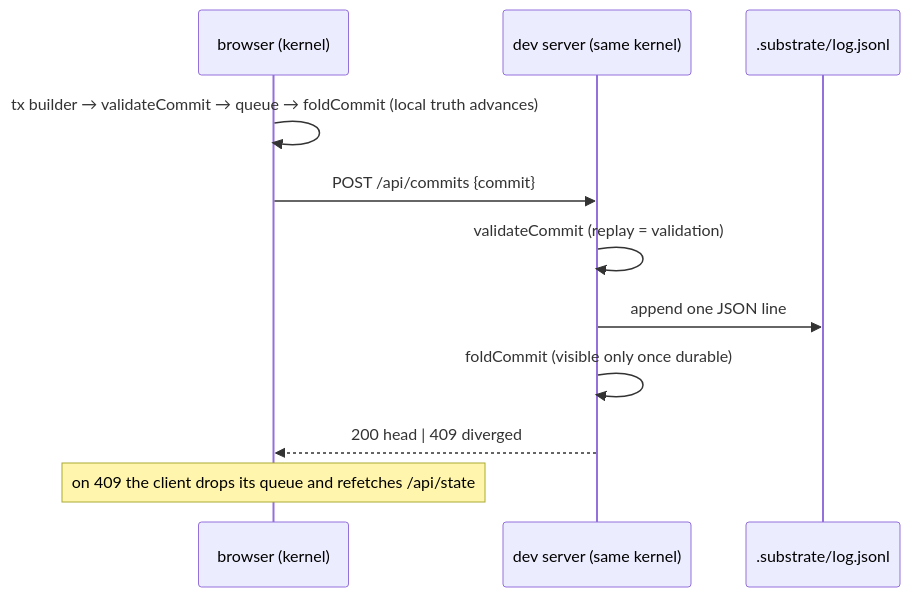
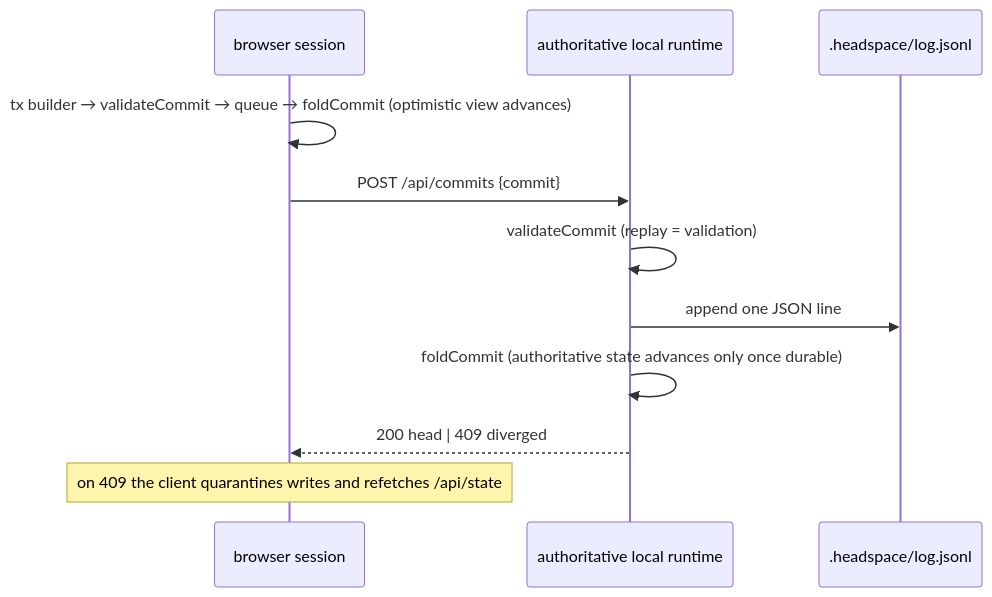
One commit to asavschaeffer/headspace changed the second of 2 diagrams in ARCHITECTURE.md. Above: the diagram before and after it, drawn with Mermaid. The commit also changed other lines of this file and 75 other files, not shown here.

Commit message:
Clarify Headspace architecture and enforce current formats

````diff
--- a/ARCHITECTURE.md
+++ b/ARCHITECTURE.md
@@ -57,13 +65,13 @@
 ```mermaid
 sequenceDiagram
-  participant UI as browser (kernel)
-  participant API as dev server (same kernel)
-  participant Log as .substrate/log.jsonl
-  UI->>UI: tx builder → validateCommit → queue → foldCommit (local truth advances)
-  UI->>API: POST /api/commits {commit}
-  API->>API: validateCommit (replay = validation)
-  API->>Log: append one JSON line
-  API->>API: foldCommit (visible only once durable)
-  API-->>UI: 200 head | 409 diverged
-  Note over UI: on 409 the client drops its queue and refetches /api/state
+  participant Client as browser session
+  participant Host as authoritative local runtime
+  participant Store as .headspace/log.jsonl
+  Client->>Client: tx builder → validateCommit → queue → foldCommit (optimistic view advances)
+  Client->>Host: POST /api/commits {commit}
+  Host->>Host: validateCommit (replay = validation)
+  Host->>Store: append one JSON line
+  Host->>Host: foldCommit (authoritative state advances only once durable)
+  Host-->>Client: 200 head | 409 diverged
+  Note over Client: on 409 the client quarantines writes and refetches /api/state
 ```
````
